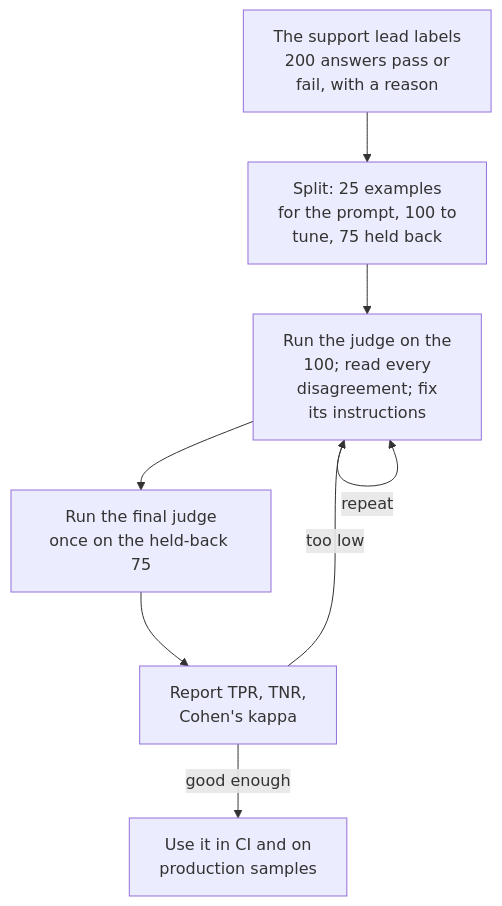
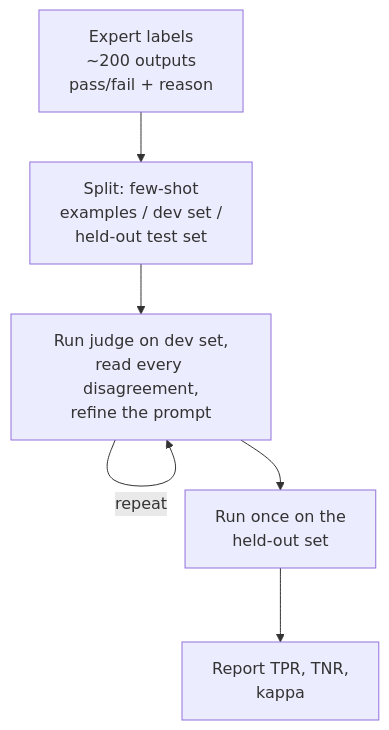
The fifth of 7 diagrams in src/Data/aiStackDocs/CH-08.md (shubamchaudhary/CodeNITW), drawn with Mermaid before and after one commit. The commit also changed other lines of this file and 5 other files, not shown here.

First line of the commit message:
AI Stack: evals section rewritten concept-first, with a mind map

````diff
--- a/src/Data/aiStackDocs/CH-08.md
+++ b/src/Data/aiStackDocs/CH-08.md
@@ -105,10 +176,8 @@
 ```mermaid
 flowchart TB
-    L["The support lead labels<br/>200 answers pass or<br/>fail, with a reason"] --> SP["Split: 25 examples<br/>for the prompt, 100 to<br/>tune, 75 held back"]
-    SP --> DV["Run the judge on the<br/>100; read every<br/>disagreement; fix<br/>its instructions"]
-    DV -->|"repeat"| DV
-    DV --> TS["Run the final judge<br/>once on the held-back 75"]
-    TS --> M["Report TPR, TNR,<br/>Cohen's kappa"]
-    M -->|"good enough"| USE["Use it in CI and on<br/>production samples"]
-    M -->|"too low"| DV
+    L["Expert labels<br/>~200 outputs<br/>pass/fail + reason"] --> SP["Split: few-shot<br/>examples / dev set /<br/>held-out test set"]
+    SP --> IT["Run judge on dev set,<br/>read every disagreement,<br/>refine the prompt"]
+    IT -->|"repeat"| IT
+    IT --> TS["Run once on the<br/>held-out set"]
+    TS --> M["Report TPR, TNR,<br/>kappa"]
 ```
````
